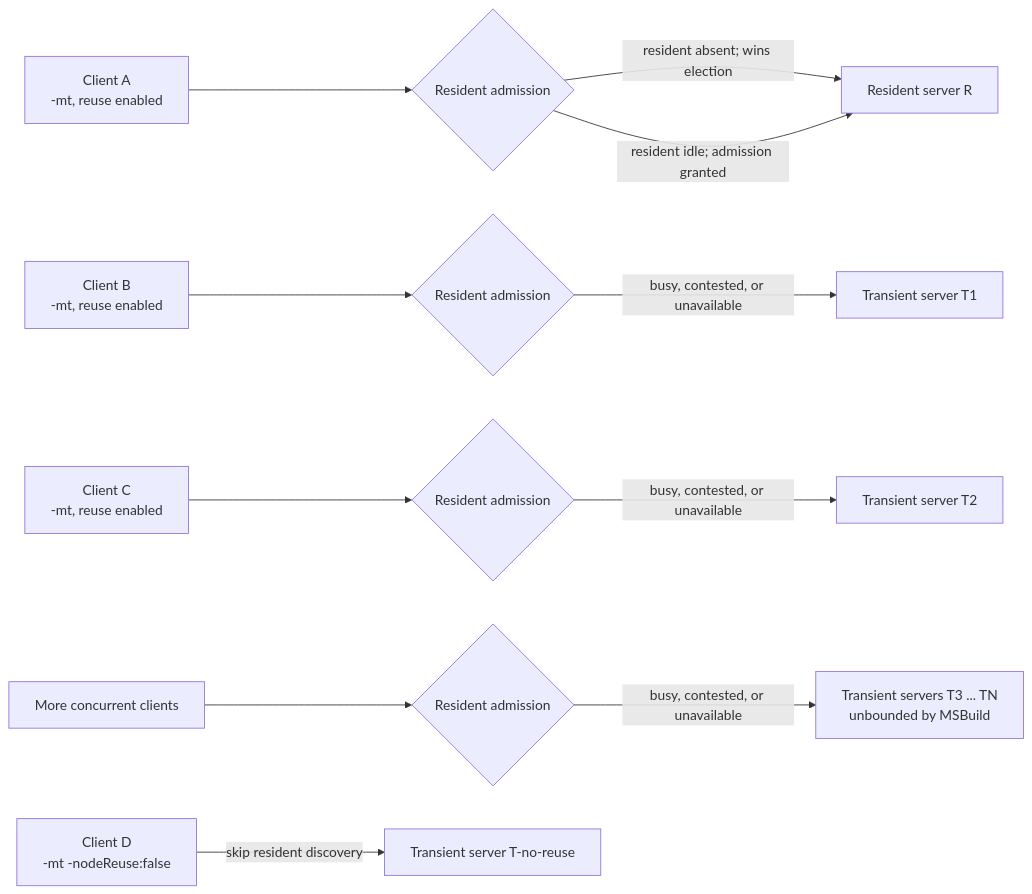
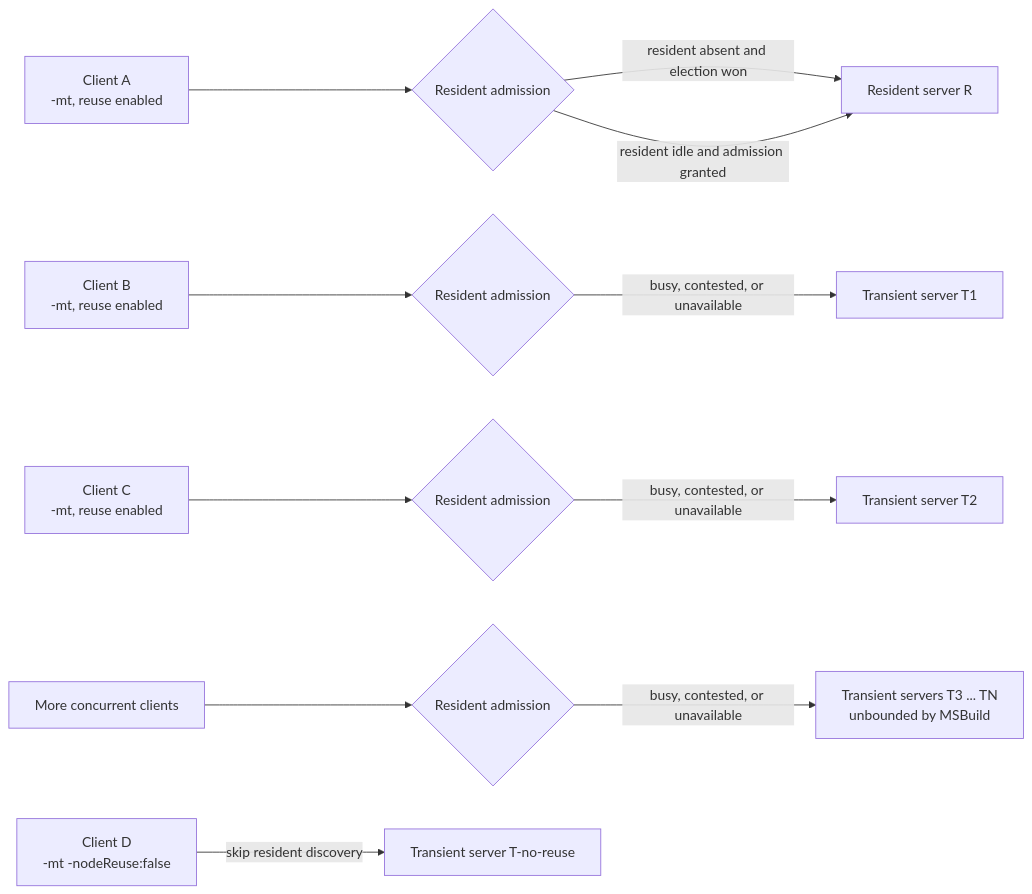
Before and after one commit to dotnet/msbuild: the fourth of 6 diagrams in documentation/specs/multithreading/mt-server-sidecar-ownership.md, drawn with Mermaid. The commit also changed 1 other file, not shown here.

Commit message:
Fix GitHub Mermaid diagram rendering
Copilot-Session: 8ecd77e2-5945-45e3-b885-befa4a23d37a

````diff
--- a/documentation/specs/multithreading/mt-server-sidecar-ownership.md
+++ b/documentation/specs/multithreading/mt-server-sidecar-ownership.md
@@ -198,17 +198,17 @@
 ```mermaid
 flowchart LR
     C1["Client A<br/>-mt, reuse enabled"] --> D1{"Resident admission"}
-    D1 -->|resident absent; wins election| R["Resident server R"]
-    D1 -->|resident idle; admission granted| R
+    D1 -->|resident absent and election won| R["Resident server R"]
+    D1 -->|resident idle and admission granted| R
 
     C2["Client B<br/>-mt, reuse enabled"] --> D2{"Resident admission"}
     D2 -->|busy, contested, or unavailable| T1["Transient server T1"]
 
     C3["Client C<br/>-mt, reuse enabled"] --> D3{"Resident admission"}
     D3 -->|busy, contested, or unavailable| T2["Transient server T2"]
 
     CN["More concurrent clients"] --> DN{"Resident admission"}
     DN -->|busy, contested, or unavailable| TN["Transient servers T3 ... TN<br/>unbounded by MSBuild"]
 
     C4["Client D<br/>-mt -nodeReuse:false"] -->|skip resident discovery| TNR["Transient server T-no-reuse"]
 ```
````
